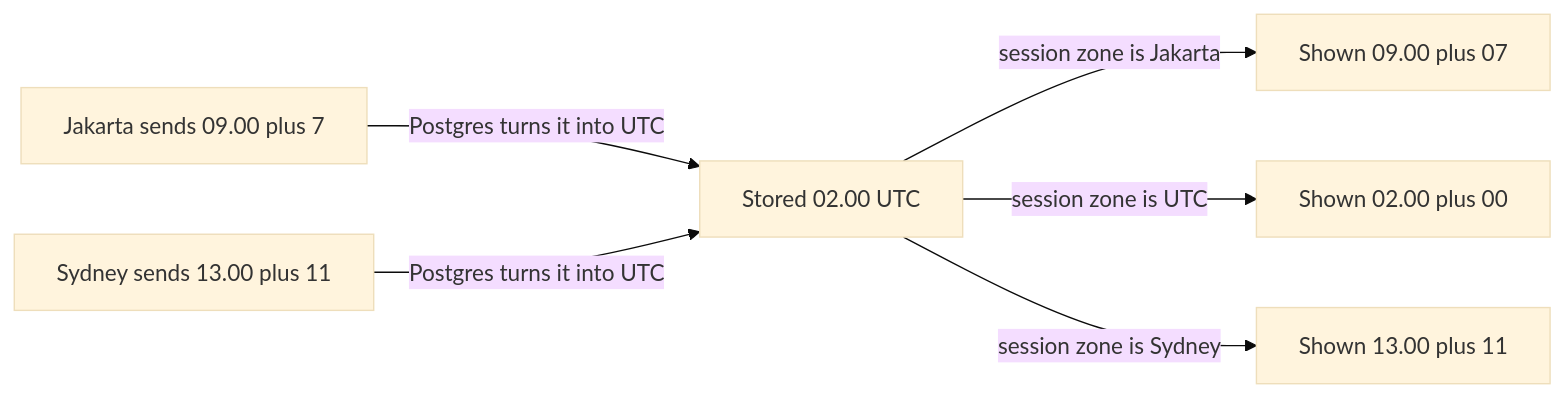
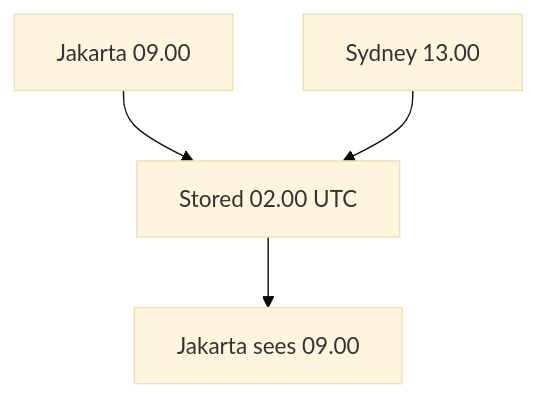
One commit to starjustice/research-material changed the third of 3 diagrams in learn/database/08-constraints-and-data-types.md. Above: the diagram before and after it, drawn with Mermaid (base theme). The commit also changed other lines of this file, not shown here.

````diff
--- a/learn/database/08-constraints-and-data-types.md
+++ b/learn/database/08-constraints-and-data-types.md
@@ -138,8 +227,6 @@
 ```mermaid
-graph LR
-    J["Jakarta sends 09.00 plus 7"] -->|Postgres turns it into UTC| S["Stored 02.00 UTC"]
-    Y["Sydney sends 13.00 plus 11"] -->|Postgres turns it into UTC| S
-    S -->|session zone is Jakarta| SJ["Shown 09.00 plus 07"]
-    S -->|session zone is UTC| SU["Shown 02.00 plus 00"]
-    S -->|session zone is Sydney| SS["Shown 13.00 plus 11"]
+graph TB
+    J["Jakarta 09.00"] --> S["Stored 02.00 UTC"]
+    Y["Sydney 13.00"] --> S
+    S --> SJ["Jakarta sees 09.00"]
 ```
````
